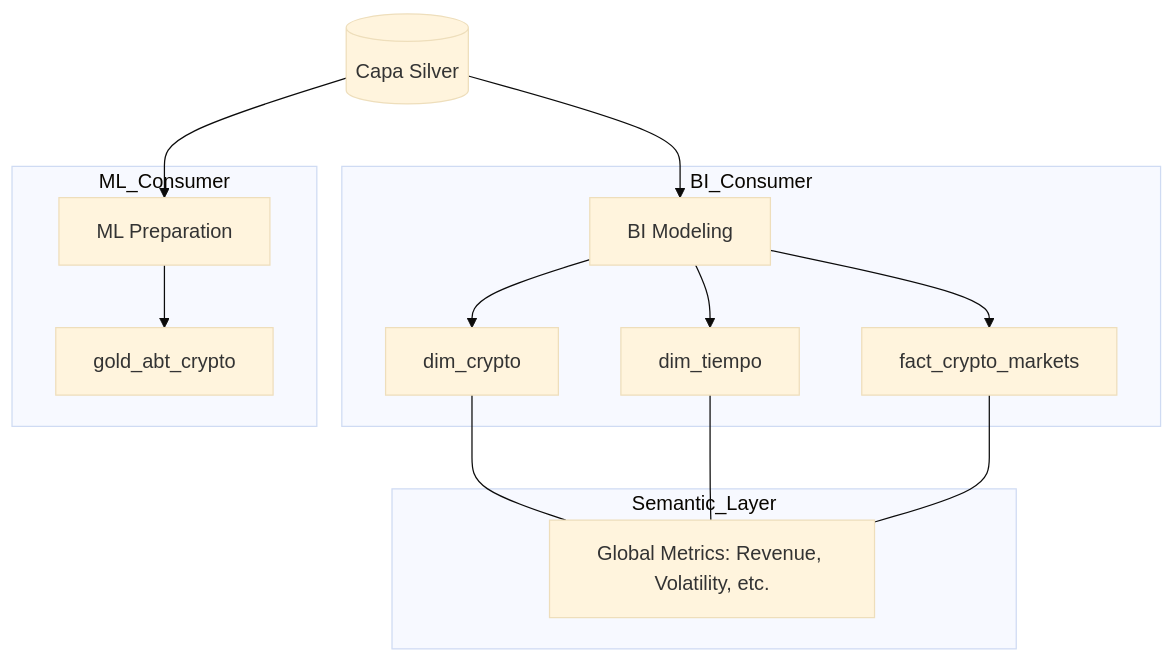
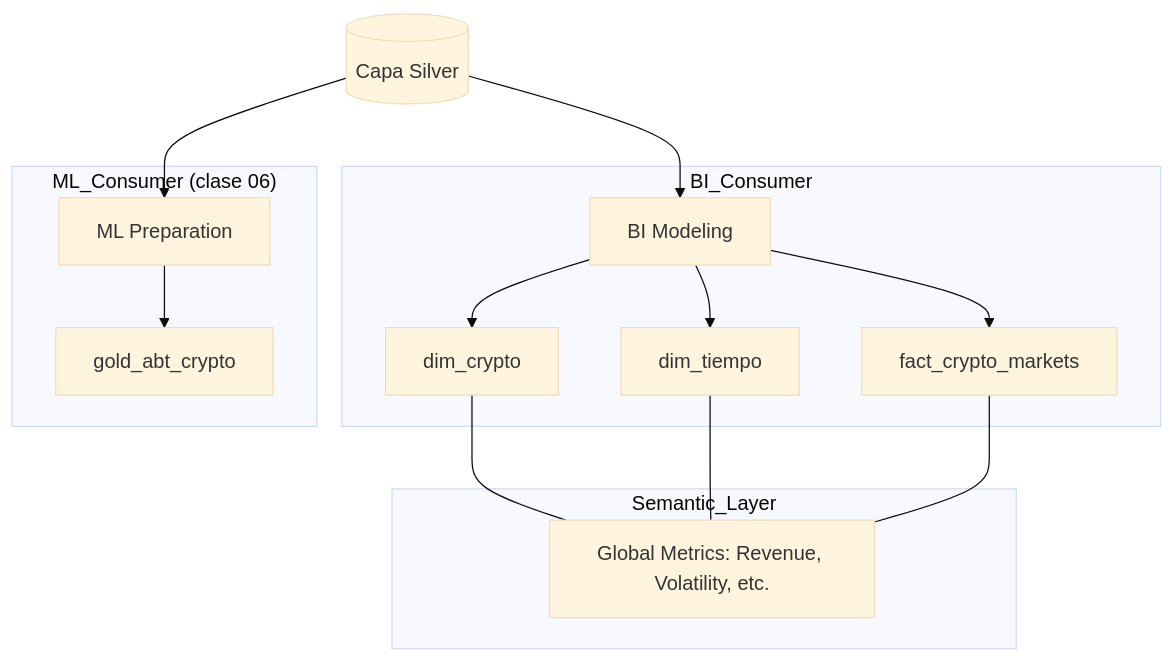
Before and after one commit to juansokil/LCD-InfraCienciaDatos: the first of 2 diagrams in clase05/README.md, drawn with Mermaid (base theme). The commit also changed other lines of this file and 9 other files, not shown here.

````diff
--- a/clase05/README.md
+++ b/clase05/README.md
@@ -35,22 +35,22 @@
 ```mermaid
 graph TD
     S[(Capa Silver)] --> B[BI Modeling]
     S --> M[ML Preparation]
 
     subgraph BI_Consumer
         B --> D1[dim_crypto]
         B --> D2[dim_tiempo]
         B --> F1[fact_crypto_markets]
     end
 
-    subgraph ML_Consumer
+    subgraph ML_Consumer["ML_Consumer (clase 06)"]
         M --> A[gold_abt_crypto]
     end
 
     subgraph Semantic_Layer
         D1 --- SL
         D2 --- SL
         F1 --- SL
         SL[Global Metrics: Revenue, Volatility, etc.]
     end
 ```
````
